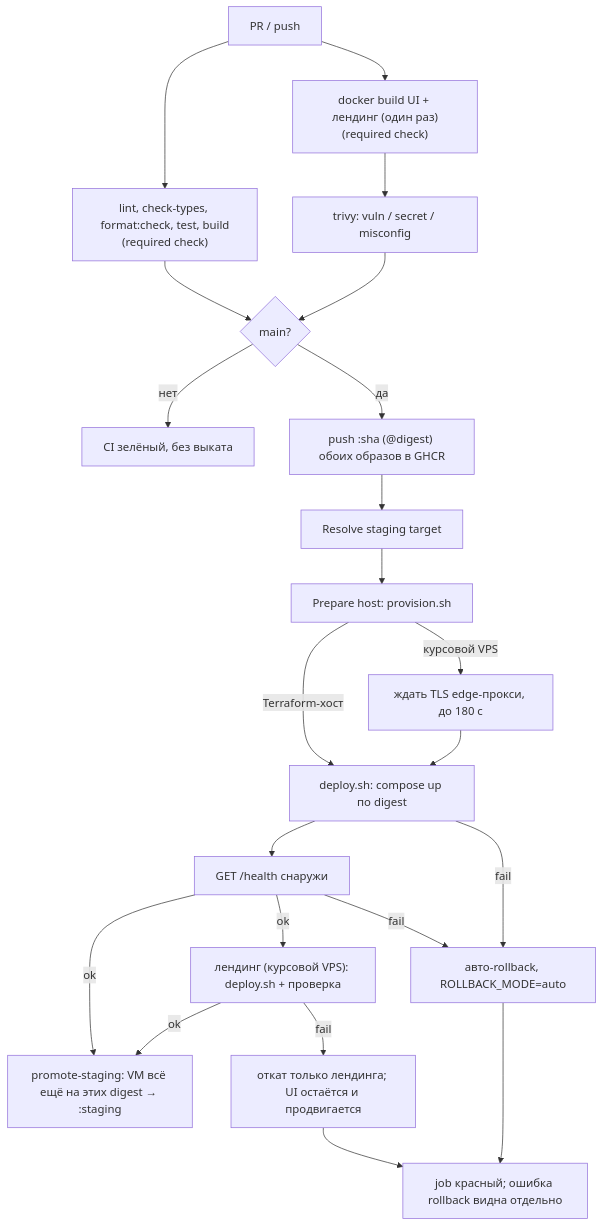
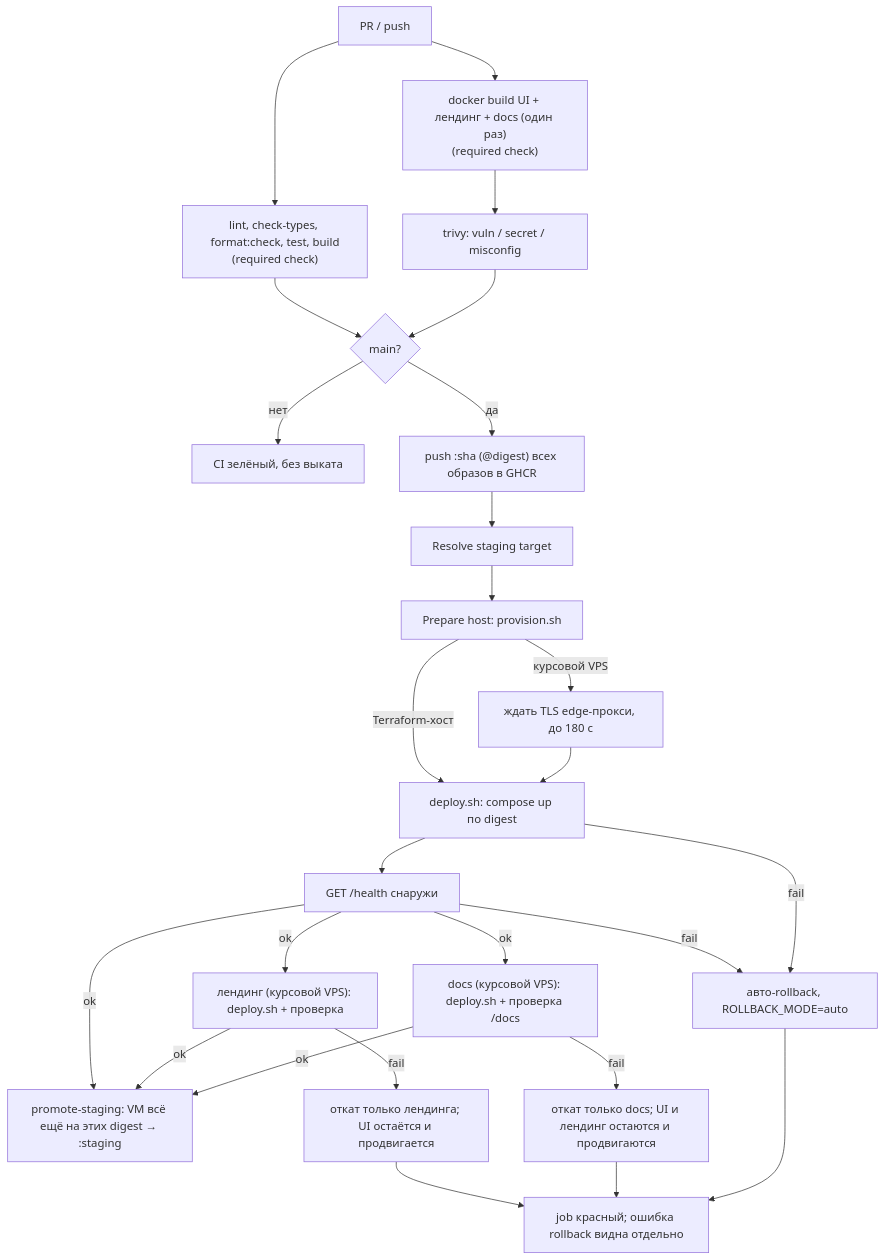
One commit to larchanka-training/dmc-268-ui-t6 changed the diagram in docs/CICD.md. Above: the diagram before and after it, drawn with Mermaid. The commit also changed other lines of this file and 9 other files, not shown here.

First line of the commit message:
ci(docs-site): build, scan and deploy the docs image behind /docs

````diff
--- a/docs/CICD.md
+++ b/docs/CICD.md
@@ -15,24 +15,28 @@
 ```mermaid
 flowchart TD
   pr["PR / push"] --> quality["lint, check-types, format:check, test, build<br/>(required check)"]
-  pr --> build["docker build UI + лендинг (один раз)<br/>(required check)"]
+  pr --> build["docker build UI + лендинг + docs (один раз)<br/>(required check)"]
   build --> scan["trivy: vuln / secret / misconfig"]
   quality --> gate{"main?"}
   scan --> gate
   gate -->|нет| stop["CI зелёный, без выката"]
-  gate -->|да| push["push :sha (@digest) обоих образов в GHCR"]
+  gate -->|да| push["push :sha (@digest) всех образов в GHCR"]
   push --> target["Resolve staging target"]
   target --> prep["Prepare host: provision.sh"]
   prep -->|Terraform-хост| deploy["deploy.sh: compose up по digest"]
   prep -->|курсовой VPS| tls["ждать TLS edge-прокси, до 180 с"]
   tls --> deploy
   deploy --> health["GET /health снаружи"]
   health -->|ok| landing["лендинг (курсовой VPS): deploy.sh + проверка"]
   health -->|ok| promote["promote-staging: VM всё ещё на этих digest → :staging"]
   landing -->|ok| promote
   landing -->|fail| rbl["откат только лендинга; UI остаётся и продвигается"]
   rbl --> fail
+  health -->|ok| docs["docs (курсовой VPS): deploy.sh + проверка /docs"]
+  docs -->|ok| promote
+  docs -->|fail| rbd["откат только docs; UI и лендинг остаются и продвигаются"]
+  rbd --> fail
   health -->|fail| rb["авто-rollback, ROLLBACK_MODE=auto"]
   deploy -->|fail| rb
   rb --> fail["job красный; ошибка rollback видна отдельно"]
 ```
````
